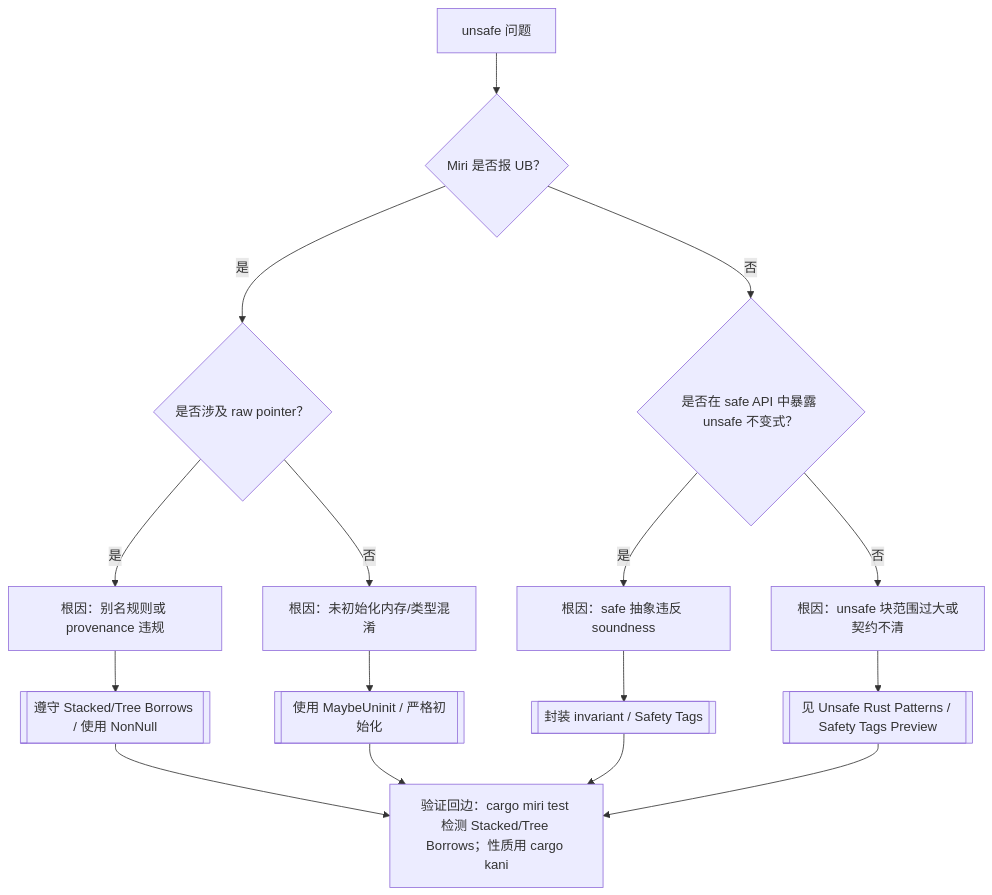
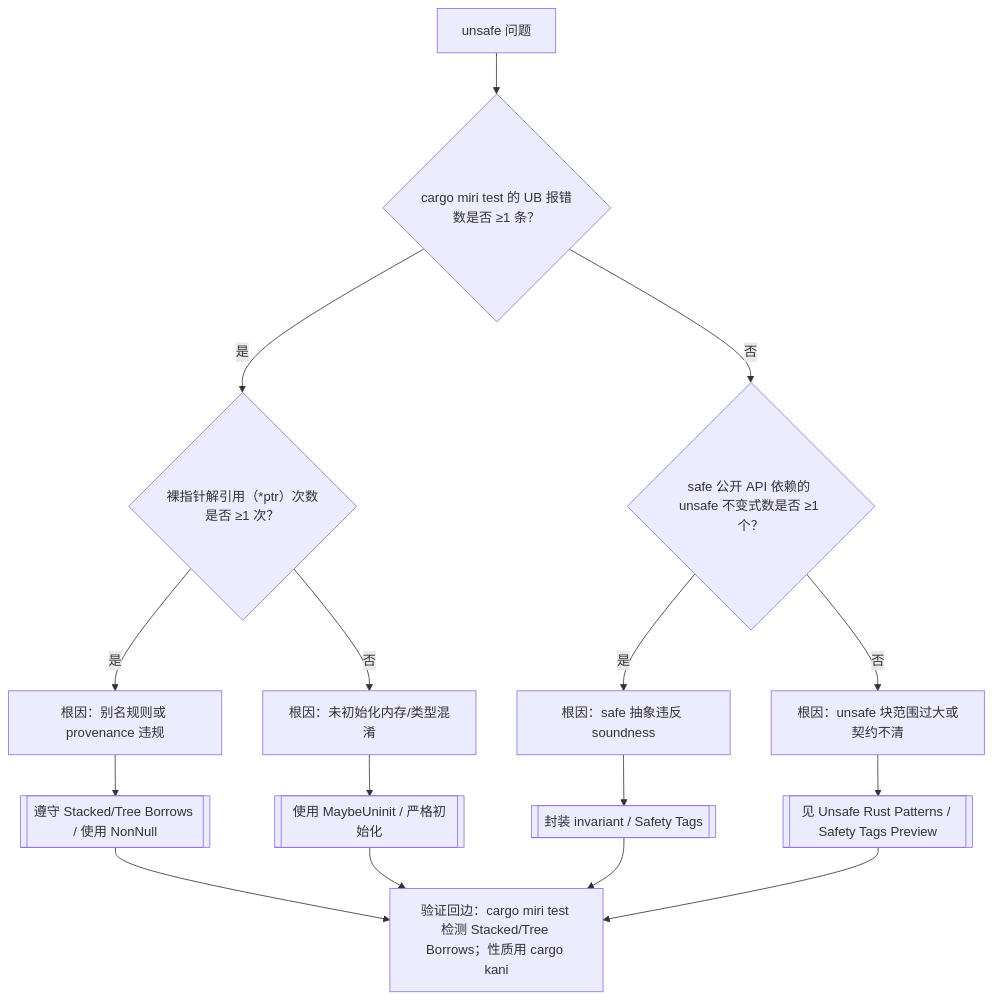
Before and after one commit to martin-ly/rust-lang: the fifth of 6 diagrams in concept/00_meta/knowledge_topology/09_reasoning_judgment_tree_atlas.md, drawn with Mermaid. The commit also changed other lines of this file and 183 other files, not shown here.

````diff
--- a/concept/00_meta/knowledge_topology/09_reasoning_judgment_tree_atlas.md
+++ b/concept/00_meta/knowledge_topology/09_reasoning_judgment_tree_atlas.md
@@ -130,18 +130,18 @@
 ```mermaid
 flowchart TD
-    U[unsafe 问题] --> Q1{Miri 是否报 UB？}
-    Q1 -->|是| Q2{是否涉及 raw pointer？}
+    U[unsafe 问题] --> Q1{"cargo miri test 的 UB 报错数是否 ≥1 条？"}
+    Q1 -->|是| Q2{"裸指针解引用（*ptr）次数是否 ≥1 次？"}
     Q2 -->|是| R1[根因：别名规则或 provenance 违规]
     Q2 -->|否| R2[根因：未初始化内存/类型混淆]
-    Q1 -->|否| Q3{是否在 safe API 中暴露 unsafe 不变式？}
+    Q1 -->|否| Q3{"safe 公开 API 依赖的 unsafe 不变式数是否 ≥1 个？"}
     Q3 -->|是| R3[根因：safe 抽象违反 soundness]
     Q3 -->|否| R4[根因：unsafe 块范围过大或契约不清]
     R1 --> F1[[遵守 Stacked/Tree Borrows / 使用 NonNull]]
     R2 --> F2[[使用 MaybeUninit / 严格初始化]]
     R3 --> F3[[封装 invariant / Safety Tags]]
     R4 --> F4[[见 Unsafe Rust Patterns / Safety Tags Preview]]
     F1 --> V5[验证回边：cargo miri test 检测 Stacked/Tree Borrows；性质用 cargo kani]
     F2 --> V5
     F3 --> V5
     F4 --> V5
 ```
````
